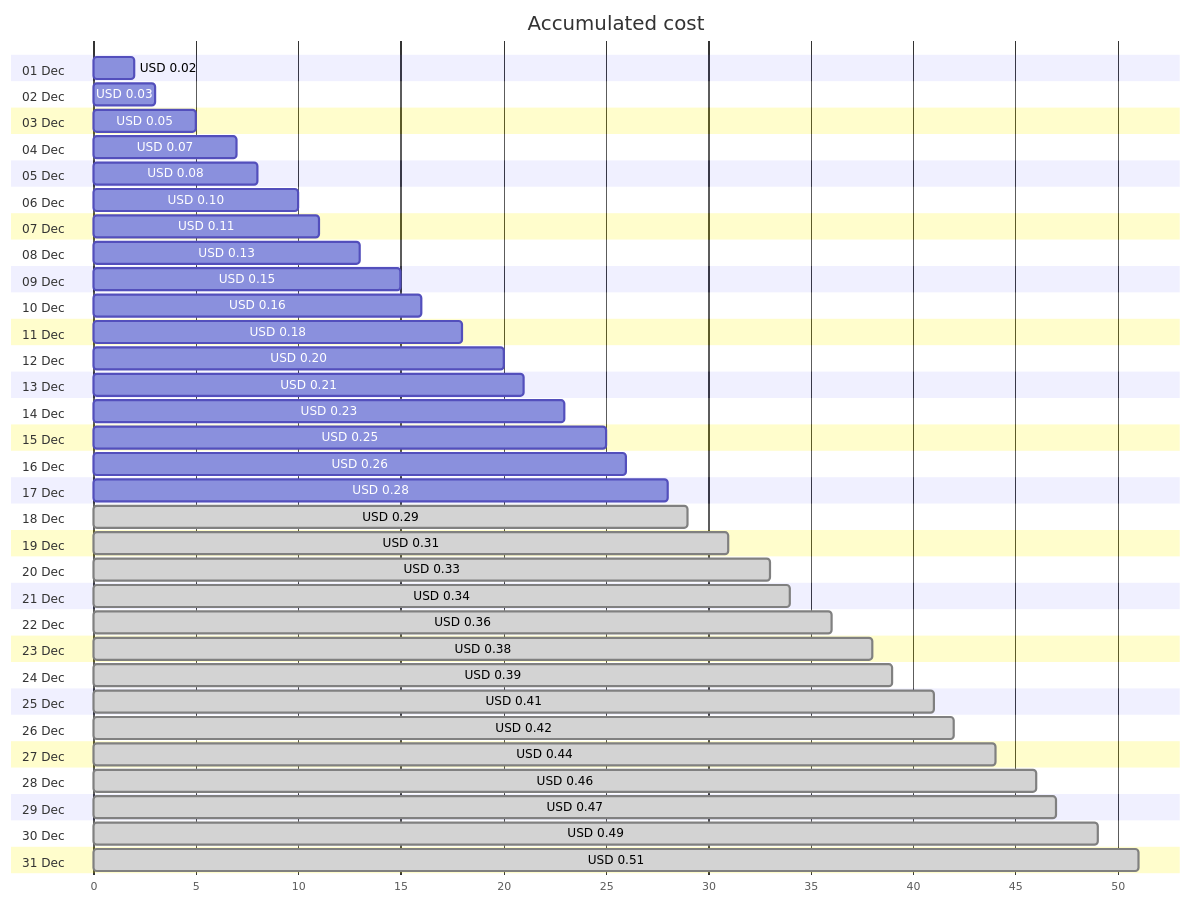
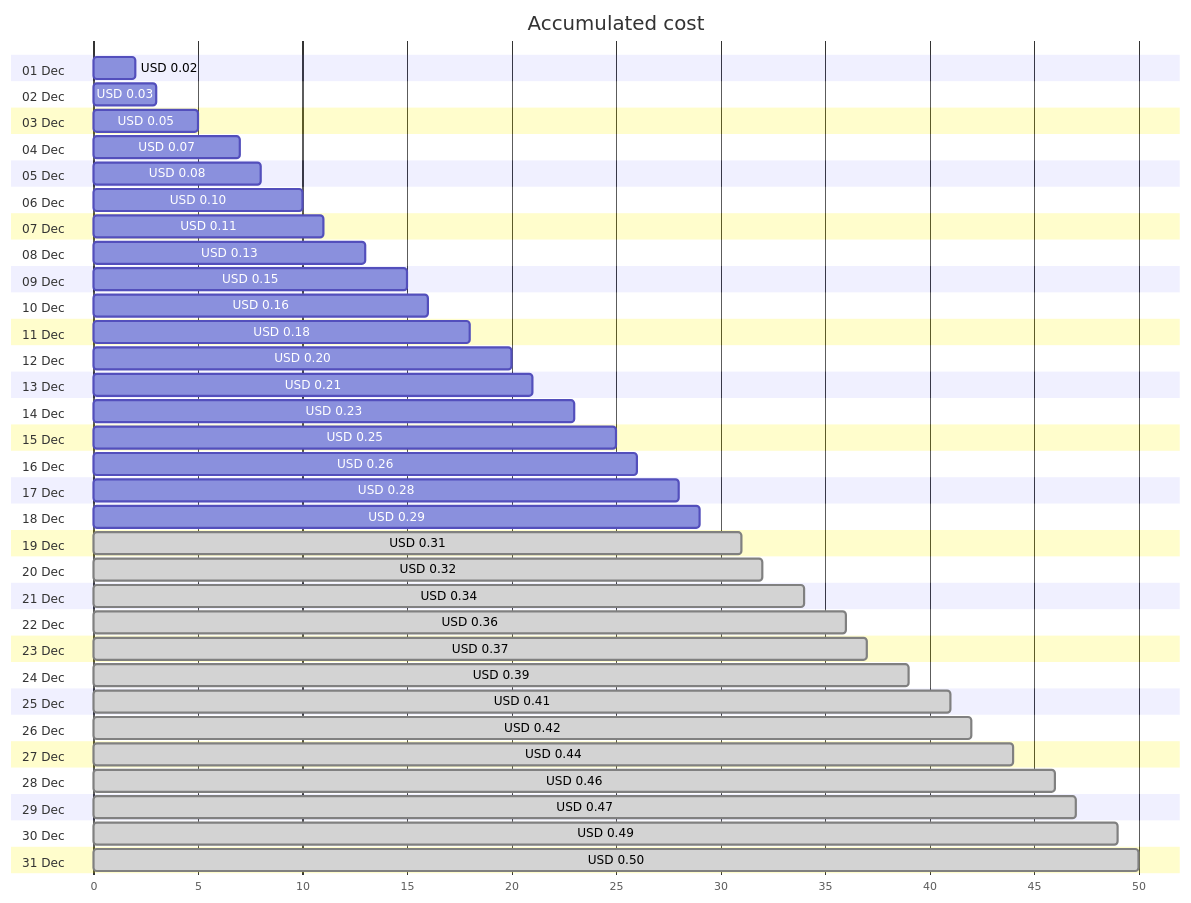
Before and after one commit to jpfulton/azure-personal-reports: the first of 4 diagrams in cost-reports/personal-dns/jpatrickfulton.com.md, drawn with Mermaid. The commit also changed other lines of this file and 2 other files, not shown here.

````diff
--- a/cost-reports/personal-dns/jpatrickfulton.com.md
+++ b/cost-reports/personal-dns/jpatrickfulton.com.md
@@ -20,68 +20,68 @@
 ```mermaid
 gantt
    title Accumulated cost
    dateFormat  X
    axisFormat %s
    section 01 Dec
    USD 0.02 :0, 2
    section 02 Dec
    USD 0.03 :0, 3
    section 03 Dec
    USD 0.05 :0, 5
    section 04 Dec
    USD 0.07 :0, 7
    section 05 Dec
    USD 0.08 :0, 8
    section 06 Dec
    USD 0.10 :0, 10
    section 07 Dec
    USD 0.11 :0, 11
    section 08 Dec
    USD 0.13 :0, 13
    section 09 Dec
    USD 0.15 :0, 15
    section 10 Dec
    USD 0.16 :0, 16
    section 11 Dec
    USD 0.18 :0, 18
    section 12 Dec
    USD 0.20 :0, 20
    section 13 Dec
    USD 0.21 :0, 21
    section 14 Dec
    USD 0.23 :0, 23
    section 15 Dec
    USD 0.25 :0, 25
    section 16 Dec
    USD 0.26 :0, 26
    section 17 Dec
    USD 0.28 :0, 28
    section 18 Dec
-   USD 0.29 : done, 0, 29
+   USD 0.29 :0, 29
    section 19 Dec
    USD 0.31 : done, 0, 31
    section 20 Dec
-   USD 0.33 : done, 0, 33
+   USD 0.32 : done, 0, 32
    section 21 Dec
    USD 0.34 : done, 0, 34
    section 22 Dec
    USD 0.36 : done, 0, 36
    section 23 Dec
-   USD 0.38 : done, 0, 38
+   USD 0.37 : done, 0, 37
    section 24 Dec
    USD 0.39 : done, 0, 39
    section 25 Dec
    USD 0.41 : done, 0, 41
    section 26 Dec
    USD 0.42 : done, 0, 42
    section 27 Dec
    USD 0.44 : done, 0, 44
    section 28 Dec
    USD 0.46 : done, 0, 46
    section 29 Dec
    USD 0.47 : done, 0, 47
    section 30 Dec
    USD 0.49 : done, 0, 49
    section 31 Dec
-   USD 0.51 : done, 0, 51
+   USD 0.50 : done, 0, 50
 ```
````
